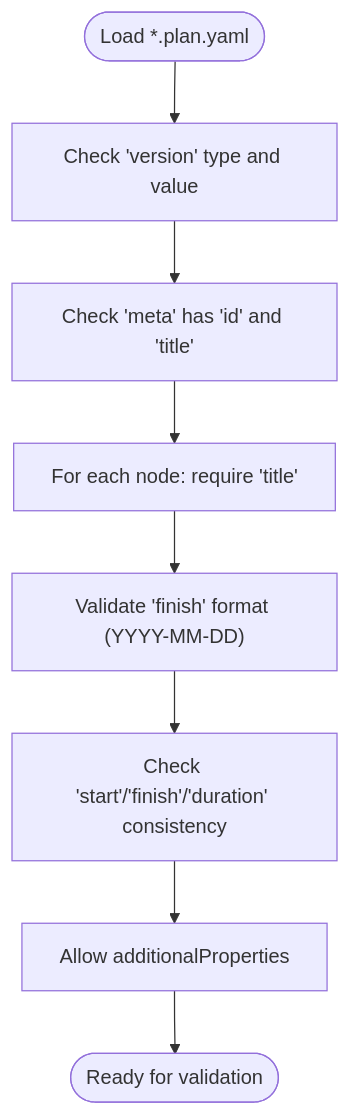
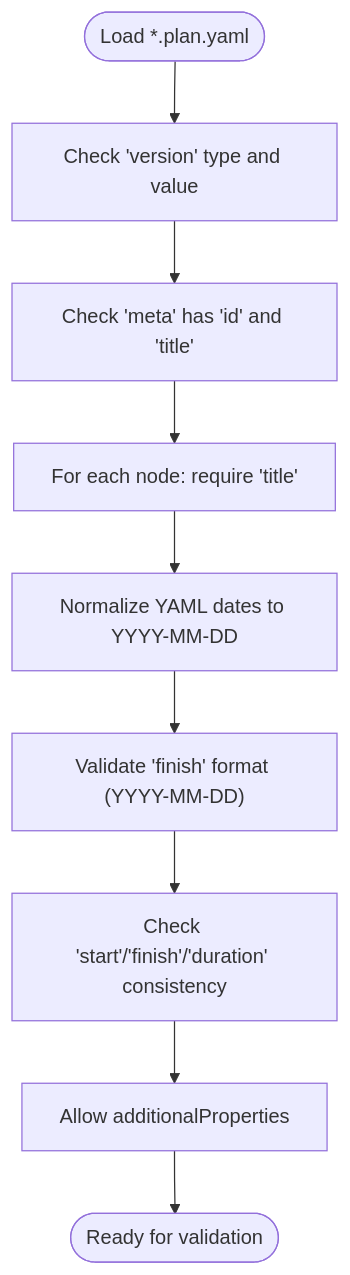
One commit to asukhodko/opskarta changed the third of 5 diagrams in .qoder/repowiki/en/content/Specification Reference/File Formats/File Formats.md. Above: the diagram before and after it, drawn with Mermaid. The commit also changed other lines of this file and 4 other files, not shown here.

````diff
--- a/.qoder/repowiki/en/content/Specification Reference/File Formats/File Formats.md
+++ b/.qoder/repowiki/en/content/Specification Reference/File Formats/File Formats.md
@@ -178,10 +187,11 @@
 ```mermaid
 flowchart TD
 Start(["Load *.plan.yaml"]) --> CheckVersion["Check 'version' type and value"]
 CheckVersion --> CheckMeta["Check 'meta' has 'id' and 'title'"]
 CheckMeta --> CheckNodes["For each node: require 'title'"]
-CheckNodes --> ValidateFinish["Validate 'finish' format (YYYY-MM-DD)"]
+CheckNodes --> NormalizeDates["Normalize YAML dates to YYYY-MM-DD"]
+NormalizeDates --> ValidateFinish["Validate 'finish' format (YYYY-MM-DD)"]
 ValidateFinish --> CheckConsistency["Check 'start'/'finish'/'duration' consistency"]
 CheckConsistency --> OptionalFields["Allow additionalProperties"]
 OptionalFields --> Done(["Ready for validation"])
 ```
````
